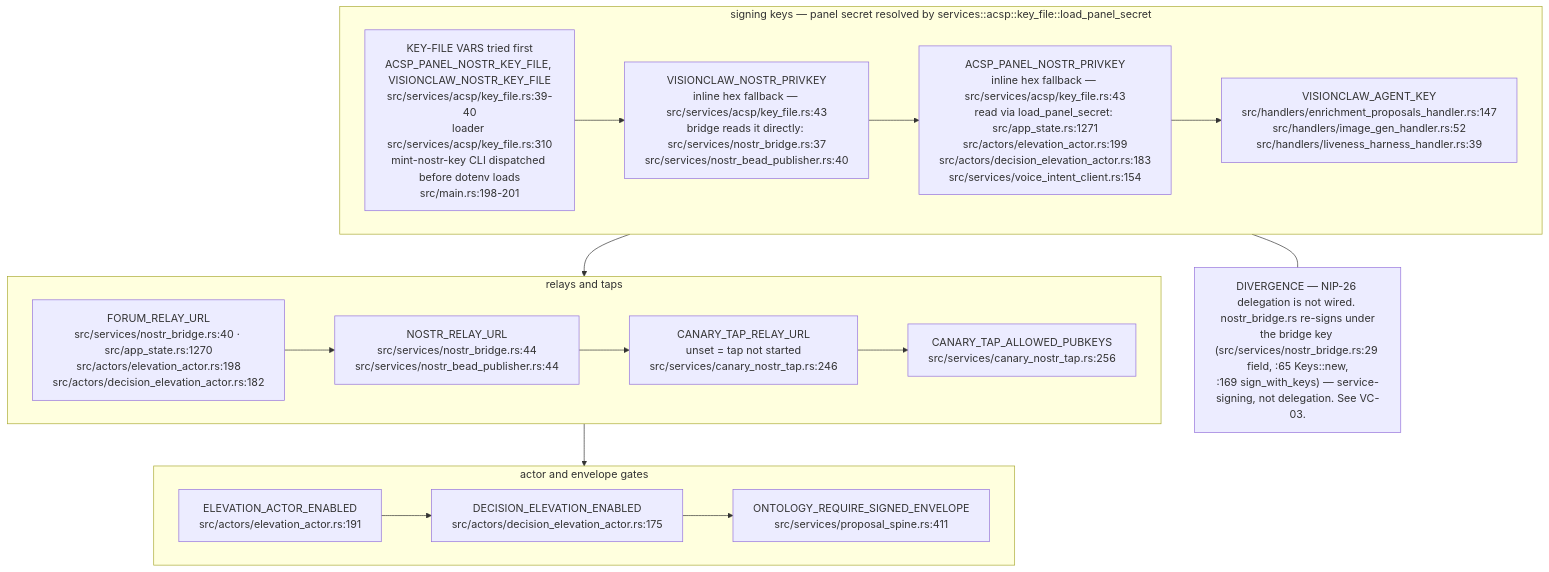
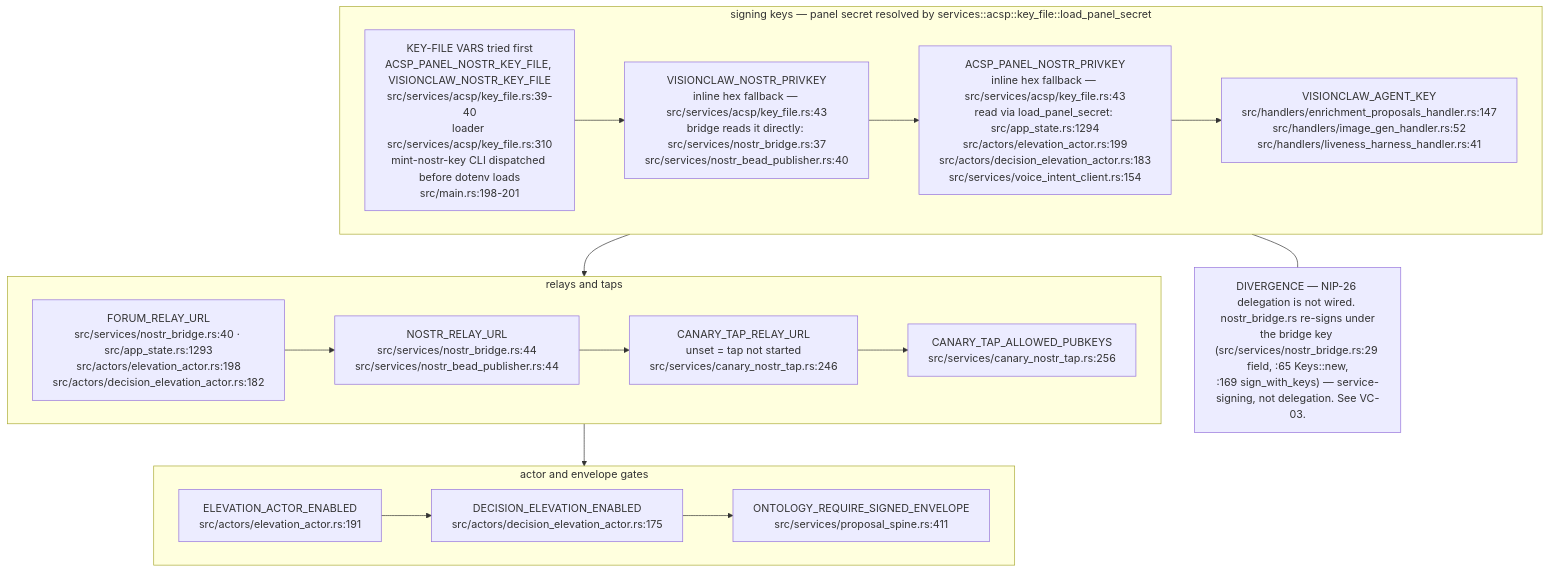
One commit to DreamLab-AI/VisionFlow changed the tenth of 16 diagrams in docs/diagrams/visionclaw/09-config-and-env-flags.md. Above: the diagram before and after it, drawn with Mermaid. The commit also changed other lines of this file and 49 other files, not shown here.

First line of the commit message:
docs(diagrams): re-derive and re-stamp VisionClaw, estate, knowledge-graph, visionGraph, VisionFlow and sidestr topics

````diff
--- a/docs/diagrams/visionclaw/09-config-and-env-flags.md
+++ b/docs/diagrams/visionclaw/09-config-and-env-flags.md
@@ -452,15 +452,15 @@
 ```mermaid
 flowchart TB
     subgraph KEYS["signing keys — panel secret resolved by services::acsp::key_file::load_panel_secret"]
-        K0["KEY-FILE VARS tried first<br/>ACSP_PANEL_NOSTR_KEY_FILE, VISIONCLAW_NOSTR_KEY_FILE<br/>src/services/acsp/key_file.rs:39-40<br/>loader src/services/acsp/key_file.rs:310<br/>mint-nostr-key CLI dispatched before dotenv loads<br/>src/main.rs:198-201"] --> K1["VISIONCLAW_NOSTR_PRIVKEY<br/>inline hex fallback — src/services/acsp/key_file.rs:43<br/>bridge reads it directly: src/services/nostr_bridge.rs:37<br/>src/services/nostr_bead_publisher.rs:40"] --> K2["ACSP_PANEL_NOSTR_PRIVKEY<br/>inline hex fallback — src/services/acsp/key_file.rs:43<br/>read via load_panel_secret: src/app_state.rs:1271<br/>src/actors/elevation_actor.rs:199<br/>src/actors/decision_elevation_actor.rs:183<br/>src/services/voice_intent_client.rs:154"] --> K3["VISIONCLAW_AGENT_KEY<br/>src/handlers/enrichment_proposals_handler.rs:147<br/>src/handlers/image_gen_handler.rs:52<br/>src/handlers/liveness_harness_handler.rs:39"]
+        K0["KEY-FILE VARS tried first<br/>ACSP_PANEL_NOSTR_KEY_FILE, VISIONCLAW_NOSTR_KEY_FILE<br/>src/services/acsp/key_file.rs:39-40<br/>loader src/services/acsp/key_file.rs:310<br/>mint-nostr-key CLI dispatched before dotenv loads<br/>src/main.rs:198-201"] --> K1["VISIONCLAW_NOSTR_PRIVKEY<br/>inline hex fallback — src/services/acsp/key_file.rs:43<br/>bridge reads it directly: src/services/nostr_bridge.rs:37<br/>src/services/nostr_bead_publisher.rs:40"] --> K2["ACSP_PANEL_NOSTR_PRIVKEY<br/>inline hex fallback — src/services/acsp/key_file.rs:43<br/>read via load_panel_secret: src/app_state.rs:1294<br/>src/actors/elevation_actor.rs:199<br/>src/actors/decision_elevation_actor.rs:183<br/>src/services/voice_intent_client.rs:154"] --> K3["VISIONCLAW_AGENT_KEY<br/>src/handlers/enrichment_proposals_handler.rs:147<br/>src/handlers/image_gen_handler.rs:52<br/>src/handlers/liveness_harness_handler.rs:41"]
     end
     subgraph RELAYS["relays and taps"]
-        R1["FORUM_RELAY_URL<br/>src/services/nostr_bridge.rs:40 · src/app_state.rs:1270<br/>src/actors/elevation_actor.rs:198<br/>src/actors/decision_elevation_actor.rs:182"] --> R2["NOSTR_RELAY_URL<br/>src/services/nostr_bridge.rs:44<br/>src/services/nostr_bead_publisher.rs:44"] --> R3["CANARY_TAP_RELAY_URL<br/>unset = tap not started<br/>src/services/canary_nostr_tap.rs:246"] --> R4["CANARY_TAP_ALLOWED_PUBKEYS<br/>src/services/canary_nostr_tap.rs:256"]
+        R1["FORUM_RELAY_URL<br/>src/services/nostr_bridge.rs:40 · src/app_state.rs:1293<br/>src/actors/elevation_actor.rs:198<br/>src/actors/decision_elevation_actor.rs:182"] --> R2["NOSTR_RELAY_URL<br/>src/services/nostr_bridge.rs:44<br/>src/services/nostr_bead_publisher.rs:44"] --> R3["CANARY_TAP_RELAY_URL<br/>unset = tap not started<br/>src/services/canary_nostr_tap.rs:246"] --> R4["CANARY_TAP_ALLOWED_PUBKEYS<br/>src/services/canary_nostr_tap.rs:256"]
     end
     subgraph GATES["actor and envelope gates"]
         G1["ELEVATION_ACTOR_ENABLED<br/>src/actors/elevation_actor.rs:191"] --> G2["DECISION_ELEVATION_ENABLED<br/>src/actors/decision_elevation_actor.rs:175"] --> G3["ONTOLOGY_REQUIRE_SIGNED_ENVELOPE<br/>src/services/proposal_spine.rs:411"]
     end
     KEYS --> RELAYS --> GATES
     N3["DIVERGENCE — NIP-26 delegation is not wired. nostr_bridge.rs re-signs under<br/>the bridge key (src/services/nostr_bridge.rs:29 field, :65 Keys::new,<br/>:169 sign_with_keys) — service-signing, not delegation. See VC-03."]
     KEYS --- N3
 ```
````
